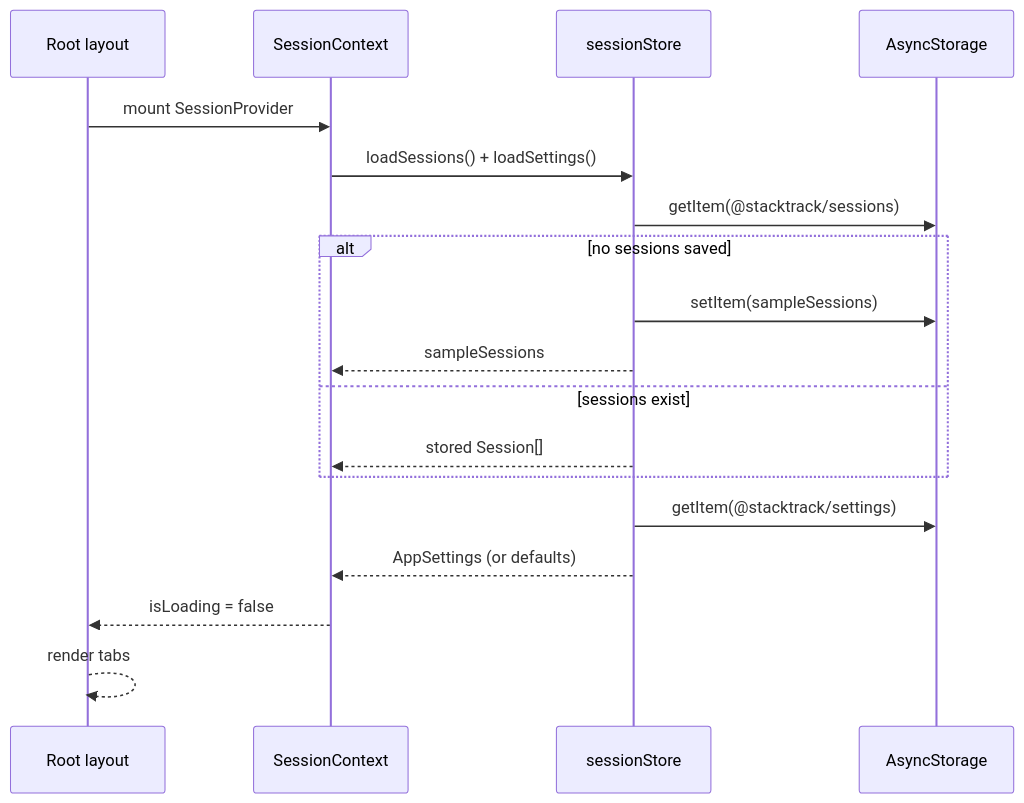
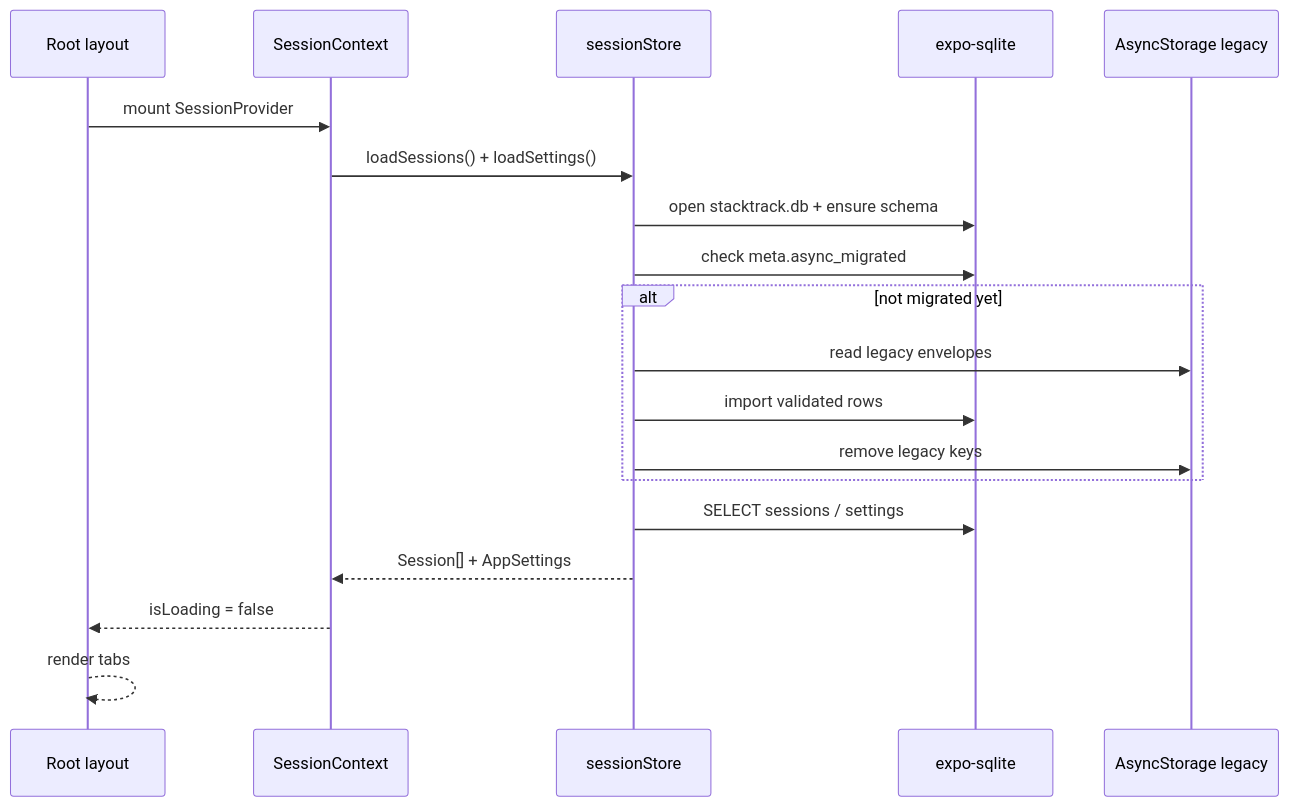
The second of 6 diagrams in docs/flow.md (Trevor5008/StackTrack), drawn with Mermaid before and after one commit. The commit also changed other lines of this file and 20 other files, not shown here.

Commit message:
feat: move local persistence to expo-sqllite Replace AsyncStorage envelopes w/ a validated SQLLite store Migrate legacy data once, add demo/clear controls plus web-safe confirms. Updated docs to use shields, added TOC and Technologies sections

````diff
--- a/docs/flow.md
+++ b/docs/flow.md
@@ -24,21 +24,22 @@
 ```mermaid
 sequenceDiagram
   participant App as Root layout
   participant Ctx as SessionContext
   participant Store as sessionStore
-  participant AS as AsyncStorage
+  participant DB as expo-sqlite
+  participant AS as AsyncStorage legacy
 
   App->>Ctx: mount SessionProvider
   Ctx->>Store: loadSessions() + loadSettings()
-  Store->>AS: getItem(@stacktrack/sessions)
-  alt no sessions saved
-    Store->>AS: setItem(sampleSessions)
-    Store-->>Ctx: sampleSessions
-  else sessions exist
-    Store-->>Ctx: stored Session[]
+  Store->>DB: open stacktrack.db + ensure schema
+  Store->>DB: check meta.async_migrated
+  alt not migrated yet
+    Store->>AS: read legacy envelopes
+    Store->>DB: import validated rows
+    Store->>AS: remove legacy keys
   end
-  Store->>AS: getItem(@stacktrack/settings)
-  Store-->>Ctx: AppSettings (or defaults)
+  Store->>DB: SELECT sessions / settings
+  Store-->>Ctx: Session[] + AppSettings
   Ctx-->>App: isLoading = false
   App-->>App: render tabs
 ```
````
